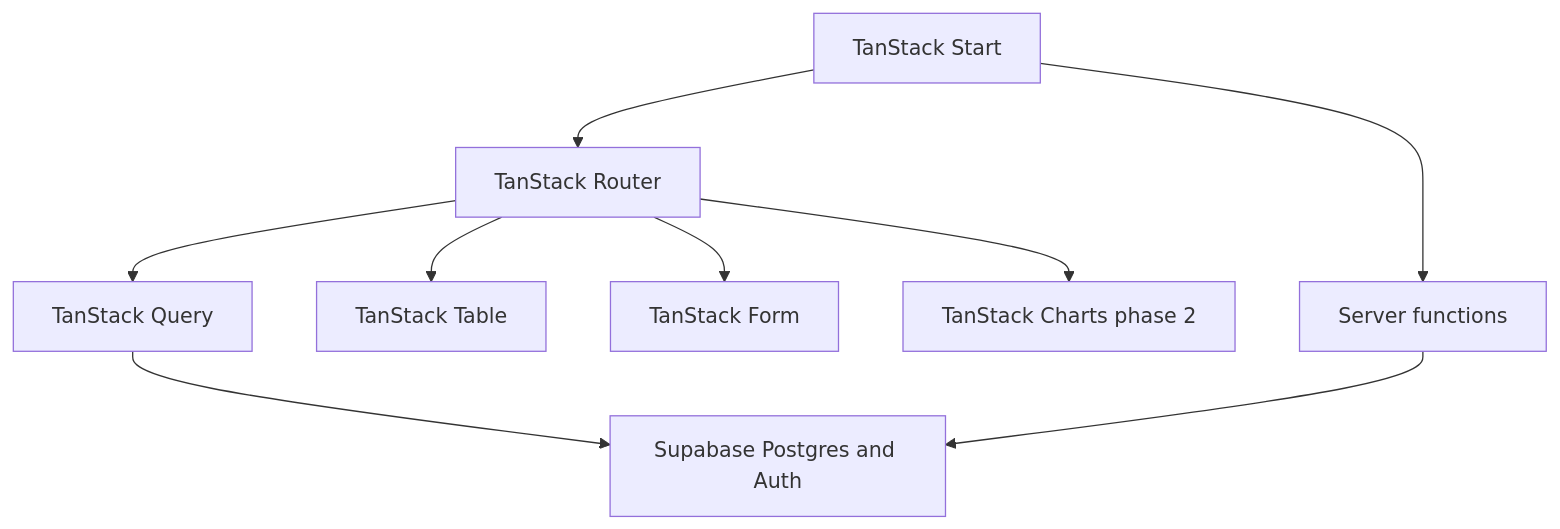
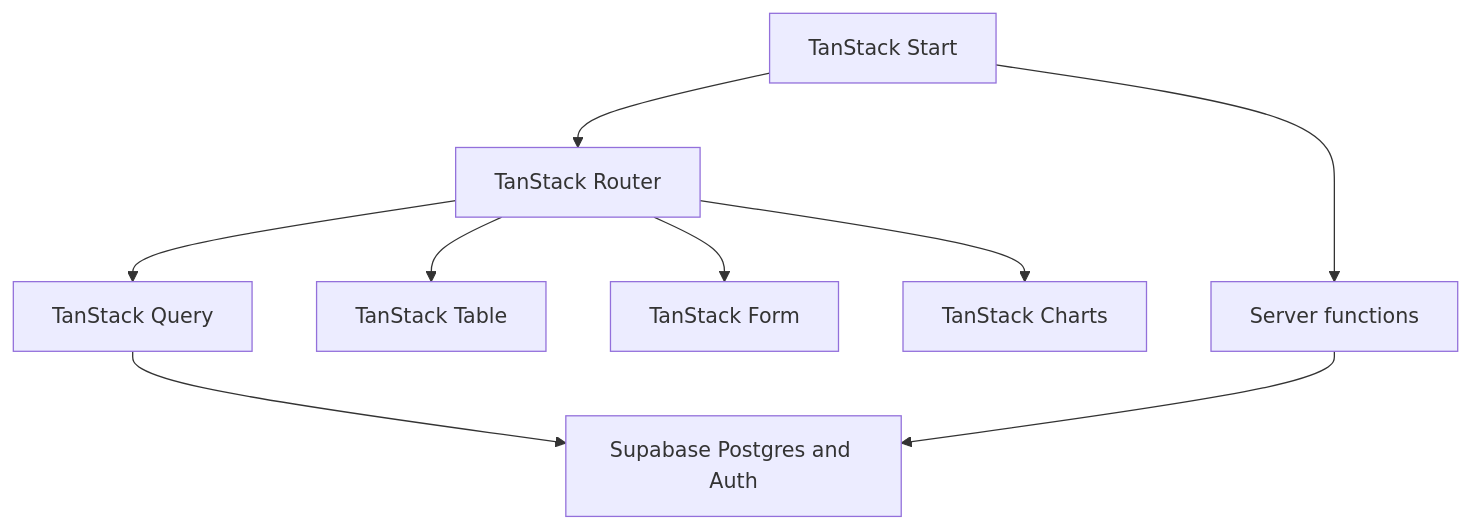
The first of 2 diagrams in docs/tech-stack.md (witoldmetel/personal-trainer), drawn with Mermaid before and after one commit. The commit also changed other lines of this file and 11 other files, not shown here.

````diff
--- a/docs/tech-stack.md
+++ b/docs/tech-stack.md
@@ -36,12 +38,12 @@
 ```mermaid
 flowchart TB
   Start[TanStack Start]
   Start --> Router[TanStack Router]
   Start --> SF[Server functions]
   Router --> Query[TanStack Query]
   Router --> Table[TanStack Table]
   Router --> Form[TanStack Form]
-  Router --> Charts[TanStack Charts phase 2]
+  Router --> Charts[TanStack Charts]
   Query --> Supabase[Supabase Postgres and Auth]
   SF --> Supabase
 ```
````
